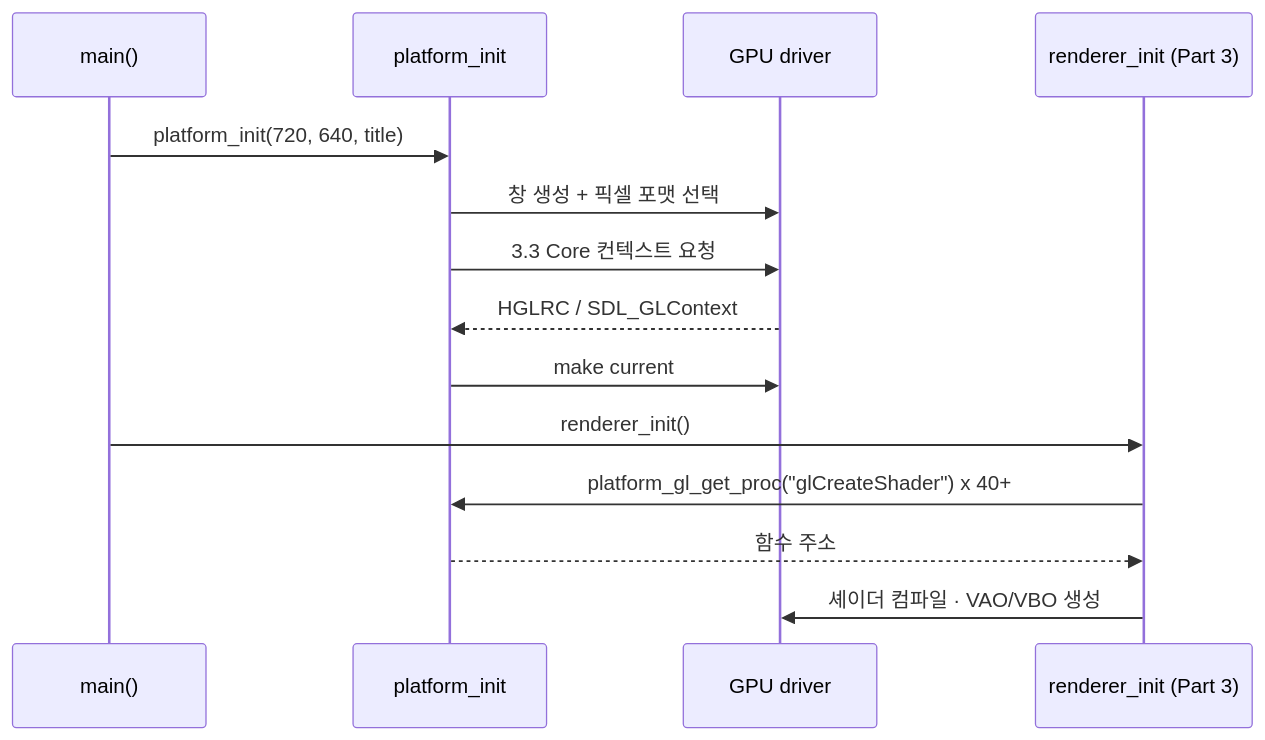
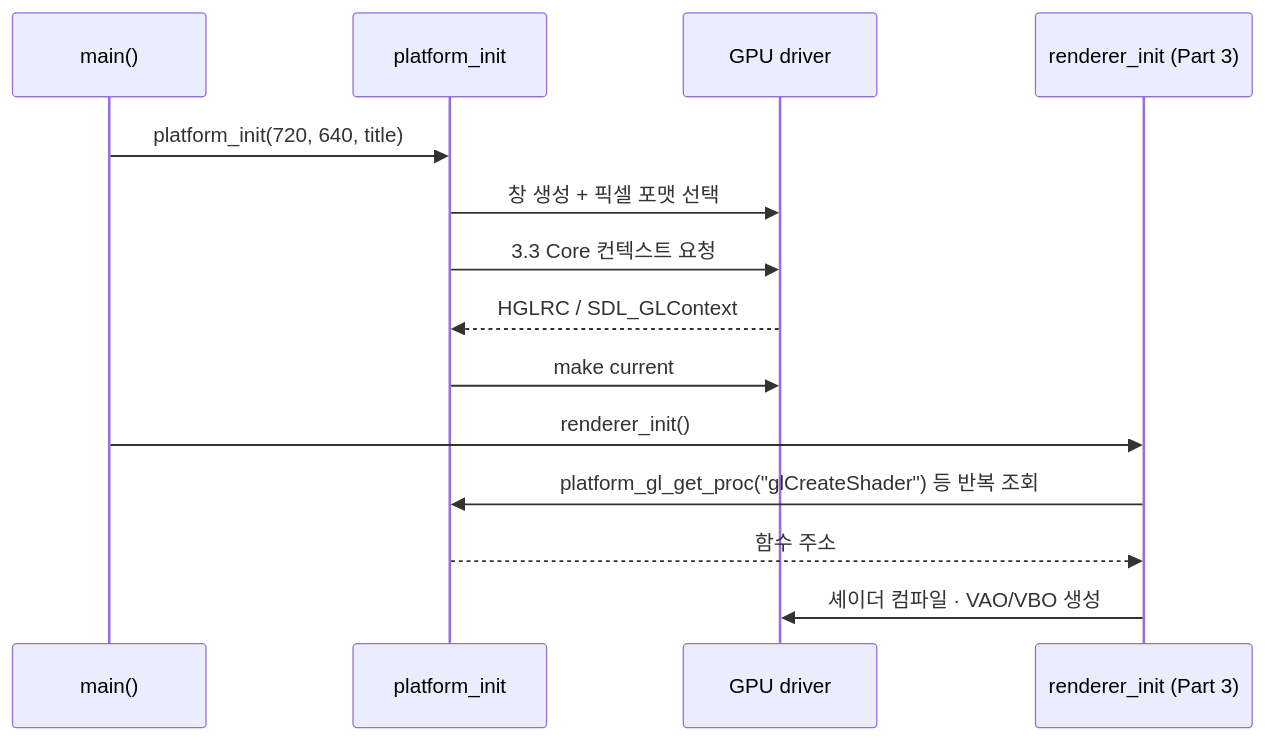
One commit to Rein-ArXiv/Tetris-Multiplayer-RL changed the third of 4 diagrams in docs/blog/part2-platform-window-input.md. Above: the diagram before and after it, drawn with Mermaid. The commit also changed other lines of this file and 28 other files, not shown here.

````diff
--- a/docs/blog/part2-platform-window-input.md
+++ b/docs/blog/part2-platform-window-input.md
@@ -291,16 +302,16 @@
 ```mermaid
 sequenceDiagram
     participant M as main()
     participant P as platform_init
     participant D as GPU driver
     participant R as renderer_init (Part 3)
     M->>P: platform_init(720, 640, title)
     P->>D: 창 생성 + 픽셀 포맷 선택
     P->>D: 3.3 Core 컨텍스트 요청
     D-->>P: HGLRC / SDL_GLContext
     P->>D: make current
     M->>R: renderer_init()
-    R->>P: platform_gl_get_proc("glCreateShader") x 40+
+    R->>P: platform_gl_get_proc("glCreateShader") 등 반복 조회
     P-->>R: 함수 주소
     R->>D: 셰이더 컴파일 · VAO/VBO 생성
 ```
````
